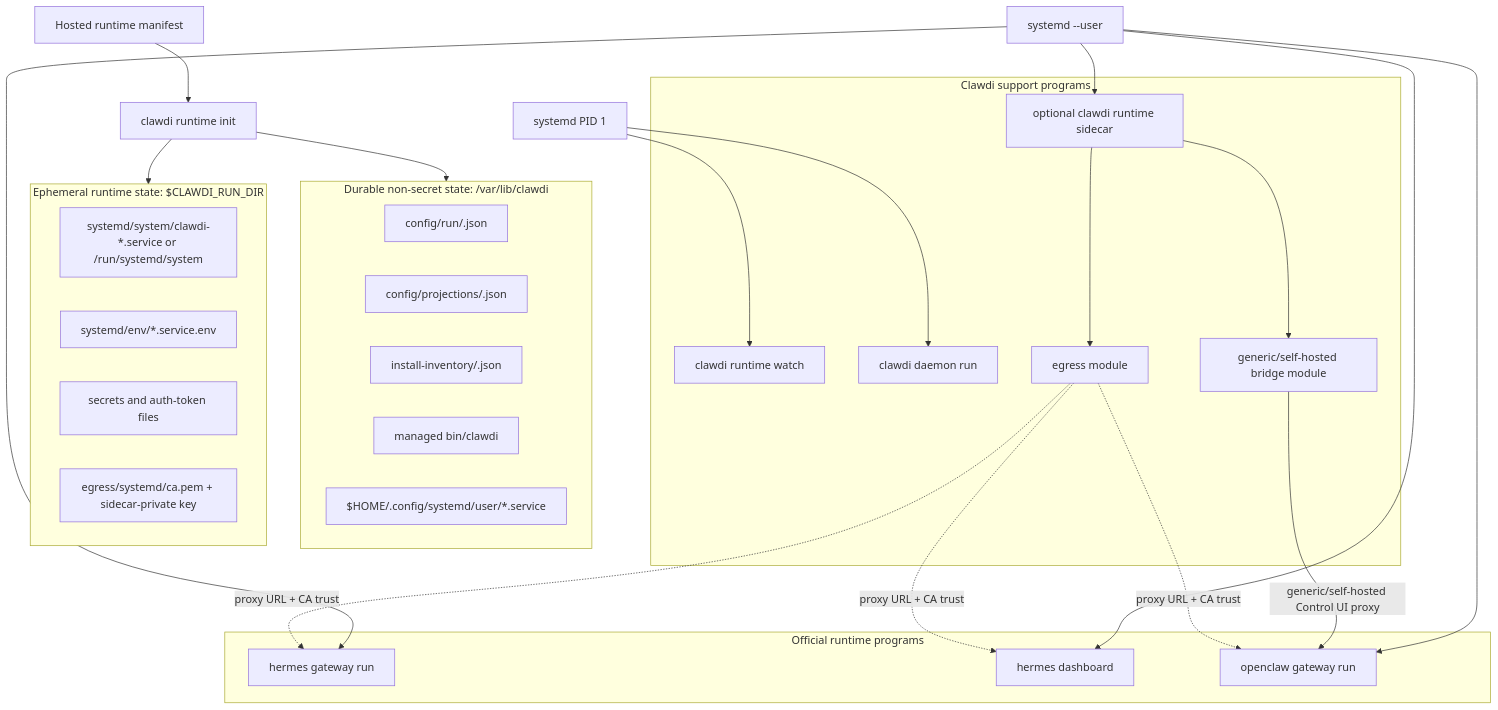
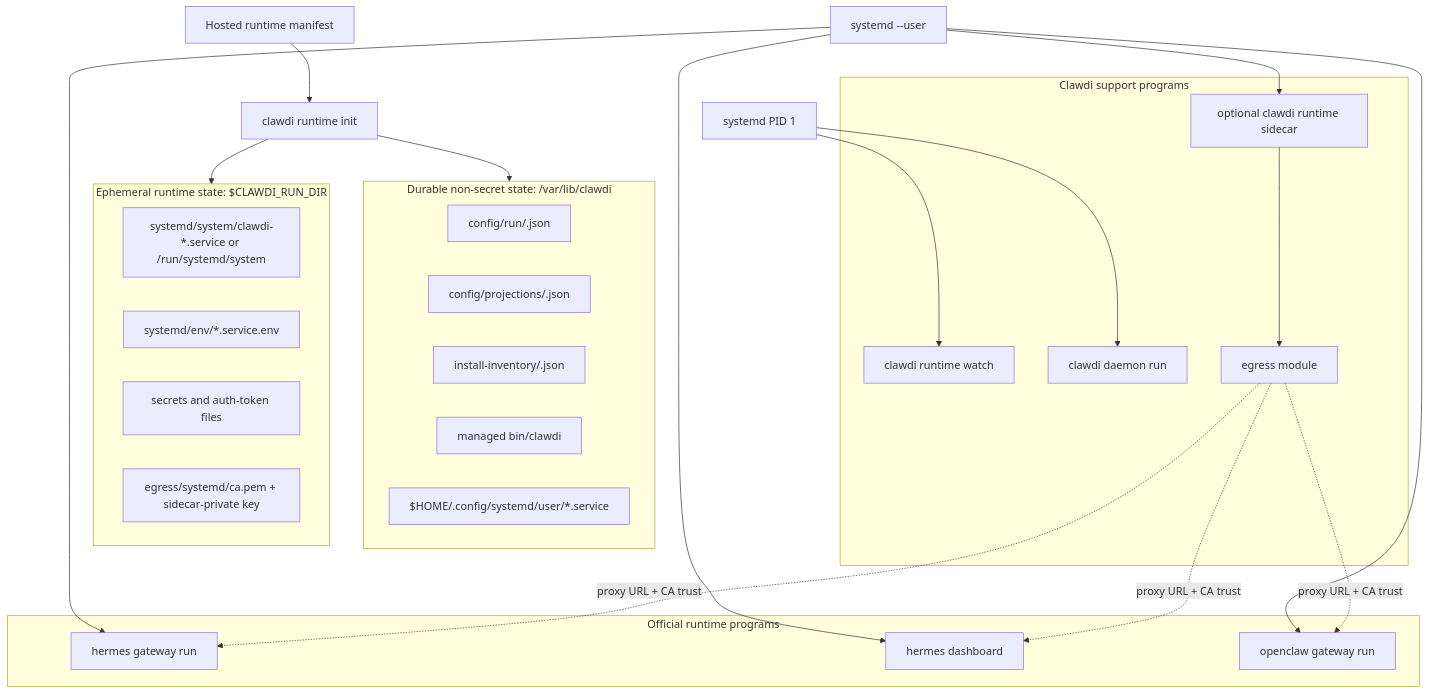
One commit to Clawdi-AI/clawdi changed the first of 2 diagrams in docs/managed-runtime.md. Above: the diagram before and after it, drawn with Mermaid. The commit also changed other lines of this file and 32 other files, not shown here.

````diff
--- a/docs/managed-runtime.md
+++ b/docs/managed-runtime.md
@@ -141,49 +139,46 @@
 ```mermaid
 flowchart TB
     CP[Hosted runtime manifest] --> Init[clawdi runtime init]
     Init --> Durable
     Init --> Ephemeral
 
     subgraph Durable["Durable non-secret state: /var/lib/clawdi"]
         RunConfigs[config/run/<runtime>.json]
         Projections[config/projections/<runtime>.json]
         Inventory[install-inventory/<runtime>.json]
         CliBin[managed bin/clawdi]
         UserUnits[$HOME/.config/systemd/user/*.service]
     end
 
     subgraph Ephemeral["Ephemeral runtime state: $CLAWDI_RUN_DIR"]
         SystemUnits[systemd/system/clawdi-*.service or /run/systemd/system]
         UnitEnv[systemd/env/*.service.env]
         Secrets[secrets and auth-token files]
         EgressCA[egress/systemd/ca.pem + sidecar-private key]
     end
 
     subgraph Support["Clawdi support programs"]
         Watch[clawdi runtime watch]
         Daemon[clawdi daemon run]
         Sidecar[optional clawdi runtime sidecar]
-        Bridge[generic/self-hosted bridge module]
         Egress[egress module]
     end
 
     subgraph Runtime["Official runtime programs"]
         HermesGateway[hermes gateway run]
         HermesDashboard[hermes dashboard]
         OpenClaw[openclaw gateway run]
     end
 
     Systemd[systemd PID 1] --> Watch
     Systemd --> Daemon
     UserSystemd[systemd --user] --> Sidecar
-    Sidecar --> Bridge
     Sidecar --> Egress
     UserSystemd --> HermesGateway
     UserSystemd --> HermesDashboard
     UserSystemd --> OpenClaw
 
-    Bridge -->|generic/self-hosted Control UI proxy| OpenClaw
     Egress -. proxy URL + CA trust .-> HermesGateway
     Egress -. proxy URL + CA trust .-> HermesDashboard
     Egress -. proxy URL + CA trust .-> OpenClaw
 ```
````
